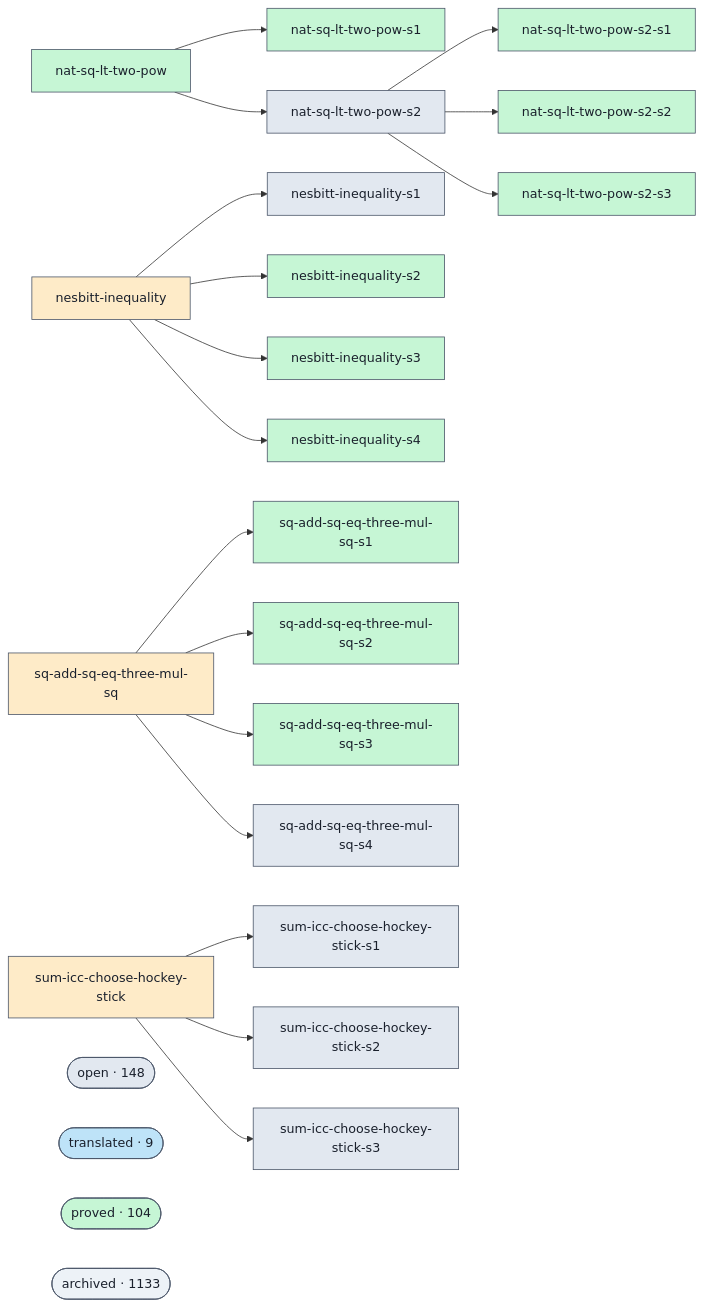
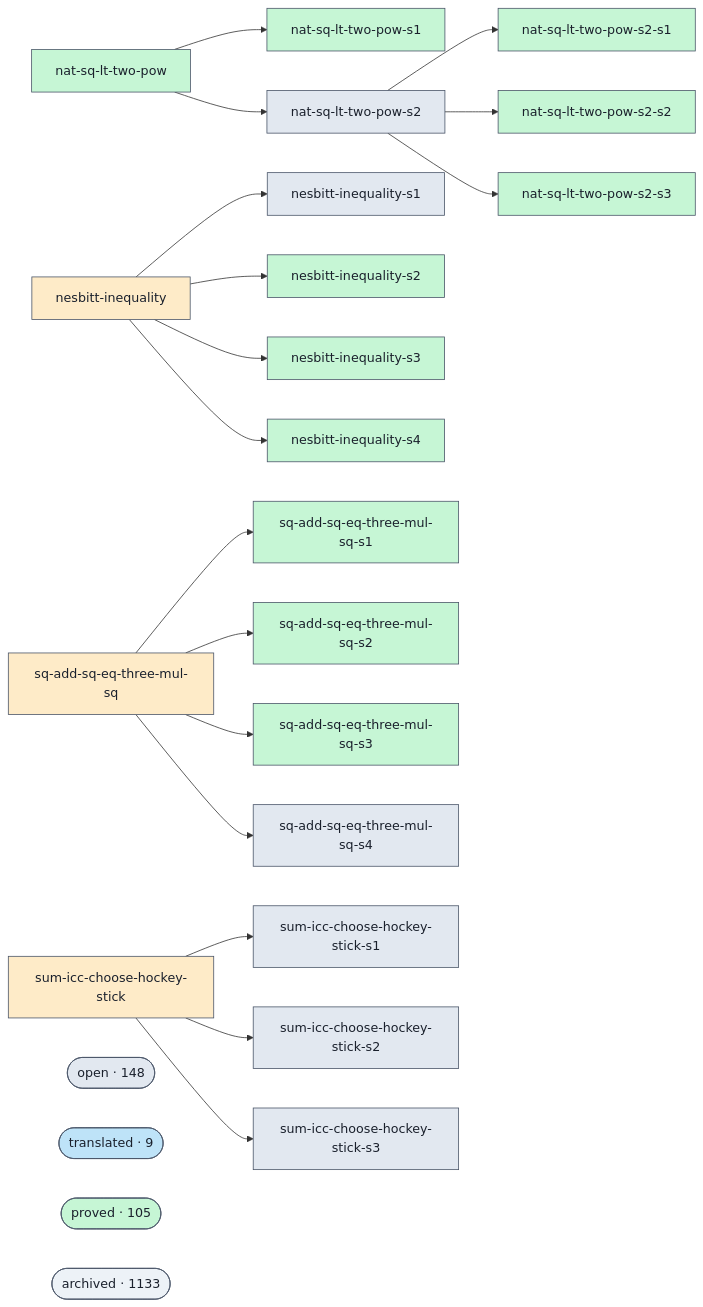
Before and after one commit to Rauxon/unsorry: the diagram in docs/proofs-contributors-visualisation.md, drawn with Mermaid. The commit also changed other lines of this file and 2 other files, not shown here.

```diff
--- a/docs/proofs-contributors-visualisation.md
+++ b/docs/proofs-contributors-visualisation.md
@@ -102,7 +102,7 @@
   class cluster_open open;
   cluster_translated(["translated · 9"])
   class cluster_translated translated;
-  cluster_proved(["proved · 104"])
+  cluster_proved(["proved · 105"])
   class cluster_proved proved;
   cluster_archived(["archived · 1133"])
   class cluster_archived unknown;
```
